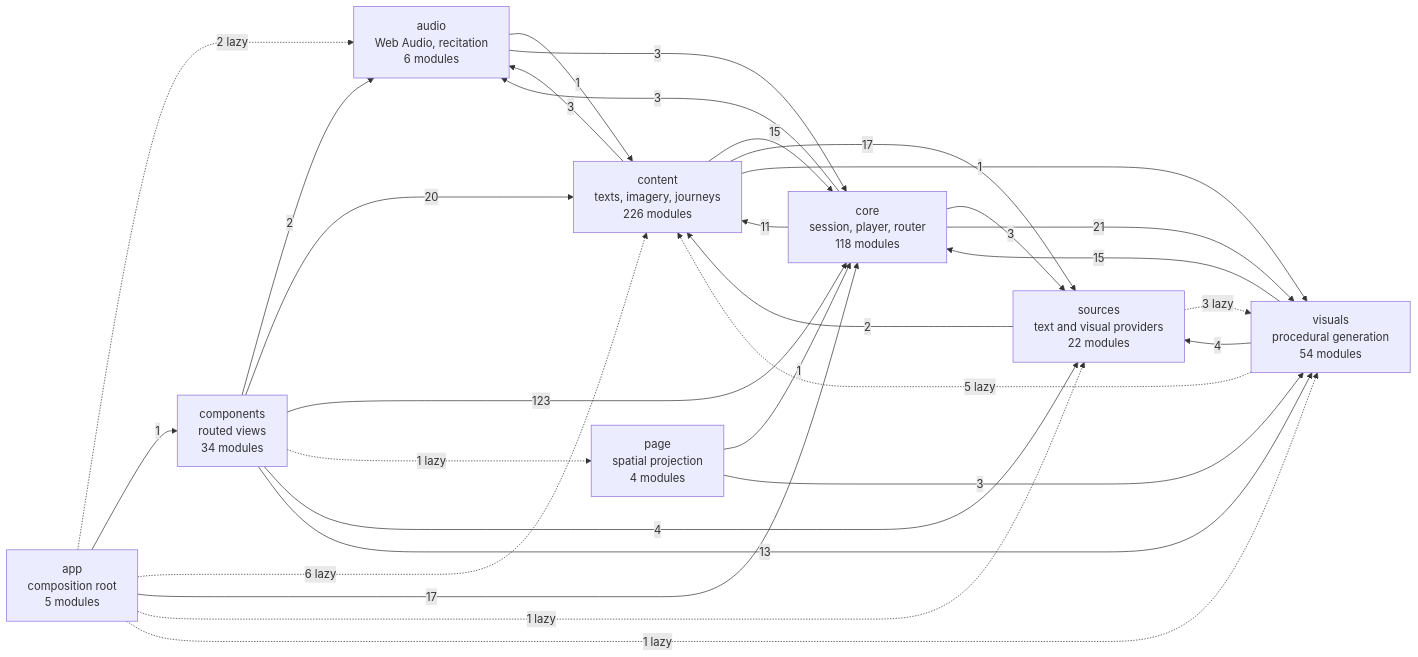
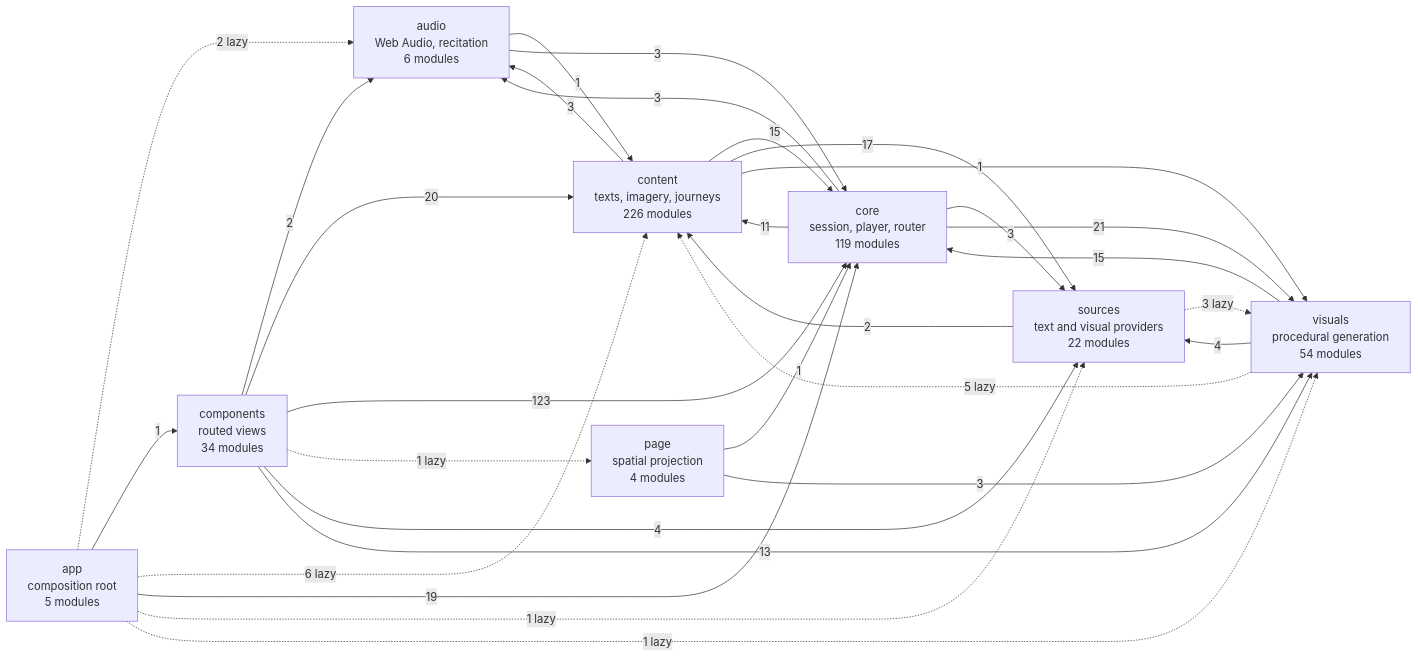
One commit to SyberLabs/RISE changed the diagram in docs/specs/ARCHITECTURE.md. Above: the diagram before and after it, drawn with Mermaid. The commit also changed 8 other files, not shown here.

````diff
--- a/docs/specs/ARCHITECTURE.md
+++ b/docs/specs/ARCHITECTURE.md
@@ -149,41 +149,41 @@
 ```mermaid
 flowchart LR
     app["app<br/>composition root<br/>5 modules"]
     audio["audio<br/>Web Audio, recitation<br/>6 modules"]
     components["components<br/>routed views<br/>34 modules"]
     content["content<br/>texts, imagery, journeys<br/>226 modules"]
-    core["core<br/>session, player, router<br/>118 modules"]
+    core["core<br/>session, player, router<br/>119 modules"]
     page["page<br/>spatial projection<br/>4 modules"]
     sources["sources<br/>text and visual providers<br/>22 modules"]
     visuals["visuals<br/>procedural generation<br/>54 modules"]
 
     app -.-> |2 lazy| audio
     app --> |1| components
     app -.-> |6 lazy| content
-    app --> |17| core
+    app --> |19| core
     app -.-> |1 lazy| sources
     app -.-> |1 lazy| visuals
     audio --> |1| content
     audio --> |3| core
     components --> |2| audio
     components --> |20| content
     components --> |123| core
     components -.-> |1 lazy| page
     components --> |4| sources
     components --> |13| visuals
     content --> |3| audio
     content --> |15| core
     content --> |17| sources
     content --> |1| visuals
     core --> |3| audio
     core --> |11| content
     core --> |3| sources
     core --> |21| visuals
     page --> |1| core
     page --> |3| visuals
     sources --> |2| content
     sources -.-> |3 lazy| visuals
     visuals -.-> |5 lazy| content
     visuals --> |15| core
     visuals --> |4| sources
 ```
````
